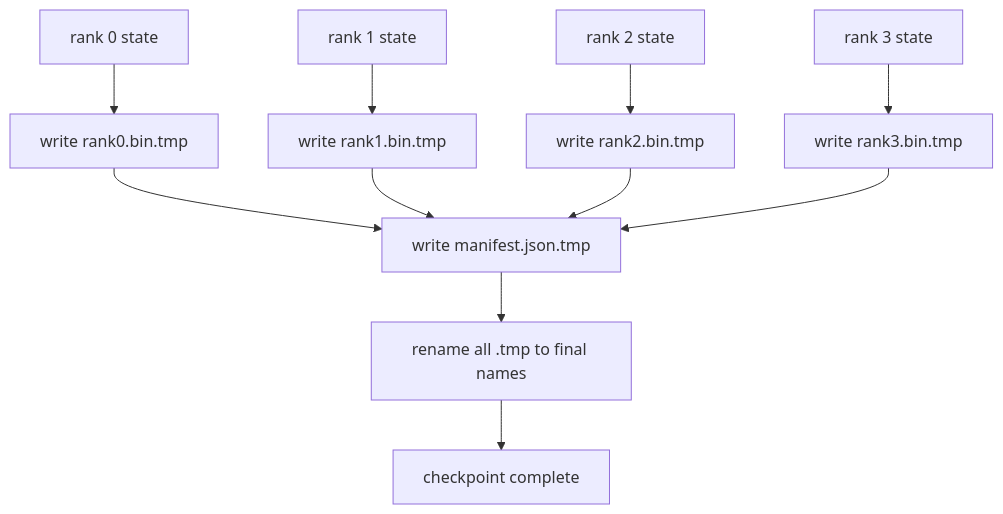
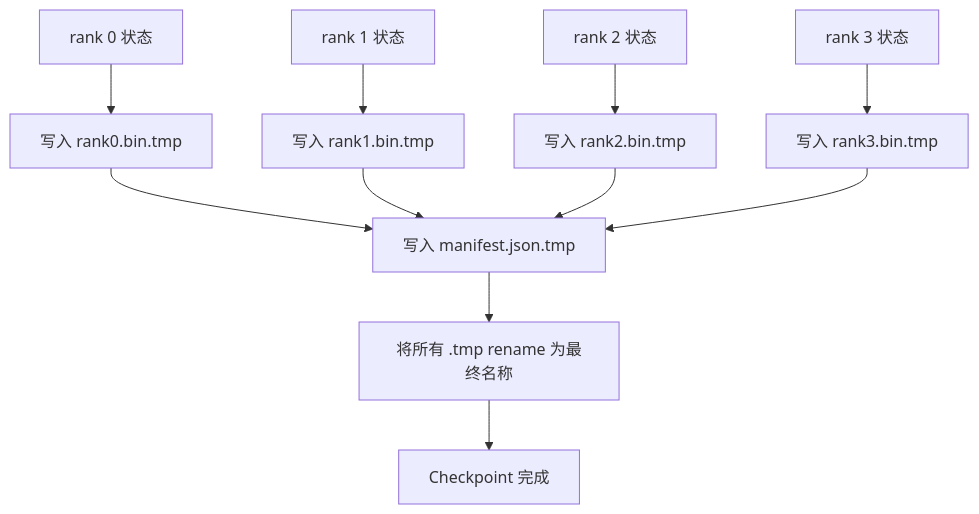
One commit to cluster1900/ai-engineering-from-scratch-zh changed the diagram in phases/19-capstone-projects/80-checkpoint-sharded-resume/docs/en.md. Above: the diagram before and after it, drawn with Mermaid. The commit also changed other lines of this file and 1 other file, not shown here.

````diff
--- a/phases/19-capstone-projects/80-checkpoint-sharded-resume/docs/en.md
+++ b/phases/19-capstone-projects/80-checkpoint-sharded-resume/docs/en.md
@@ -25,10 +25,10 @@
 ```mermaid
 flowchart TD
-  S0[rank 0 state] --> W0[write rank0.bin.tmp]
-  S1[rank 1 state] --> W1[write rank1.bin.tmp]
-  S2[rank 2 state] --> W2[write rank2.bin.tmp]
-  S3[rank 3 state] --> W3[write rank3.bin.tmp]
-  W0 & W1 & W2 & W3 --> M[write manifest.json.tmp]
-  M --> R[rename all .tmp to final names]
-  R --> Done[checkpoint complete]
+  S0[rank 0 状态] --> W0[写入 rank0.bin.tmp]
+  S1[rank 1 状态] --> W1[写入 rank1.bin.tmp]
+  S2[rank 2 状态] --> W2[写入 rank2.bin.tmp]
+  S3[rank 3 状态] --> W3[写入 rank3.bin.tmp]
+  W0 & W1 & W2 & W3 --> M[写入 manifest.json.tmp]
+  M --> R[将所有 .tmp rename 为最终名称]
+  R --> Done[Checkpoint 完成]
 ```
````
